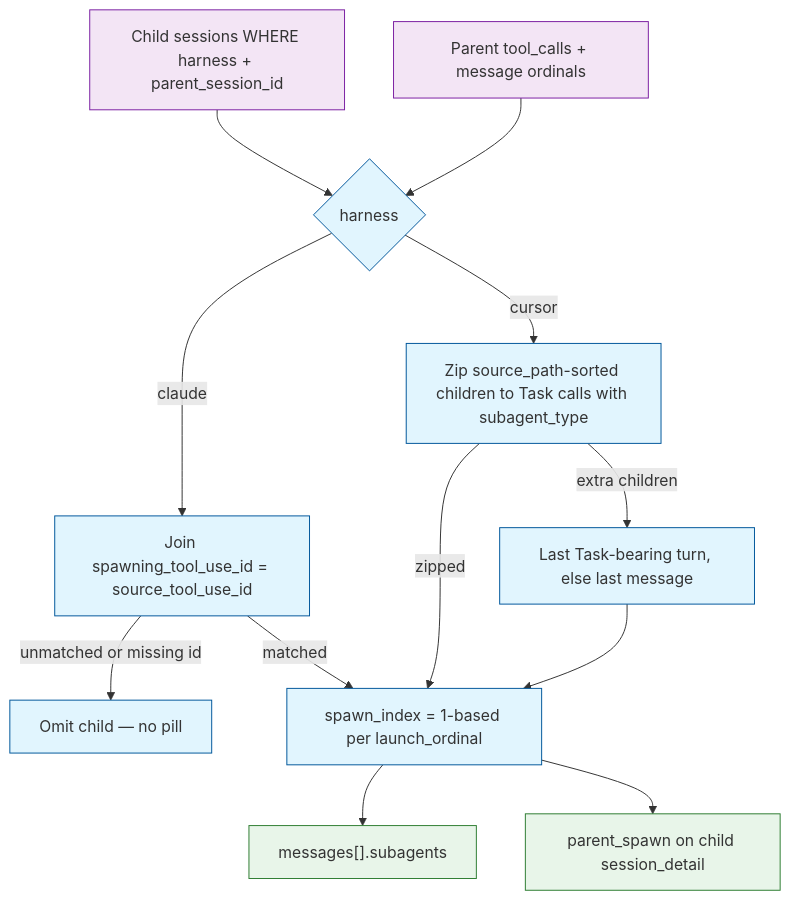
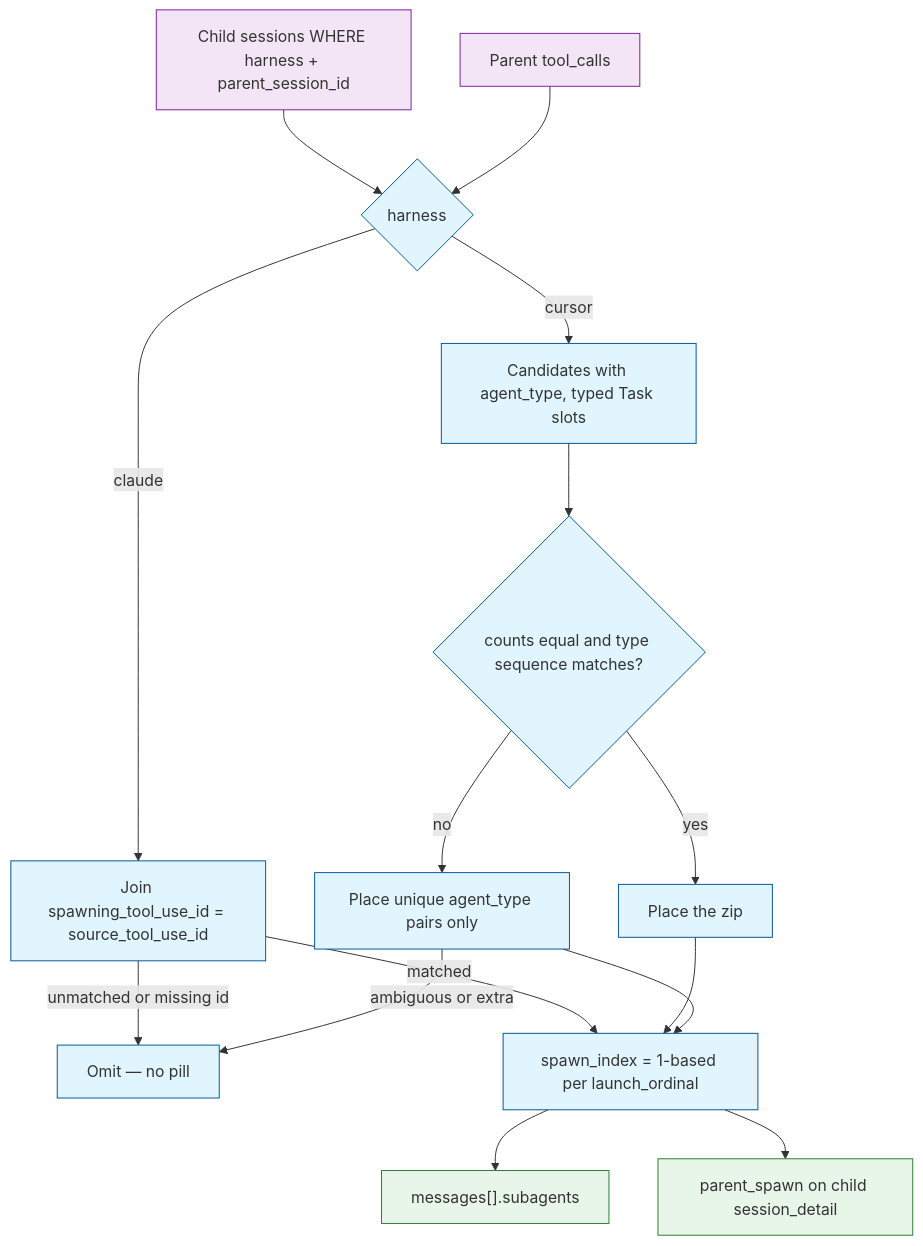
Before and after one commit to Texarkanine/stockroom: the diagram in memory-bank/active/creative/creative-spawn-association.md, drawn with Mermaid. The commit also changed other lines of this file and 6 other files, not shown here.

````diff
--- a/memory-bank/active/creative/creative-spawn-association.md
+++ b/memory-bank/active/creative/creative-spawn-association.md
@@ -70,18 +73,21 @@
 ```mermaid
 flowchart TD
     classDef store fill:#f3e5f5,stroke:#7b1fa2;
     classDef logic fill:#e1f5fe,stroke:#01579b;
     classDef out fill:#e8f5e9,stroke:#2e7d32;
 
     Kids["Child sessions WHERE harness + parent_session_id"]:::store --> Branch{"harness"}:::logic
-    Tools["Parent tool_calls + message ordinals"]:::store --> Branch
+    Tools["Parent tool_calls"]:::store --> Branch
     Branch -->|"claude"| Join["Join spawning_tool_use_id = source_tool_use_id"]:::logic
-    Branch -->|"cursor"| Zip["Zip source_path-sorted children to Task calls with subagent_type"]:::logic
-    Join -->|"unmatched or missing id"| Omit["Omit child — no pill"]:::logic
+    Branch -->|"cursor"| Cursor["Candidates with agent_type, typed Task slots"]:::logic
+    Join -->|"unmatched or missing id"| Omit["Omit — no pill"]:::logic
     Join -->|"matched"| Index
-    Zip -->|"extra children"| Leftover["Last Task-bearing turn, else last message"]:::logic
-    Zip -->|"zipped"| Index
-    Leftover --> Index["spawn_index = 1-based per launch_ordinal"]:::logic
+    Cursor --> Aligned{"counts equal and type sequence matches?"}:::logic
+    Aligned -->|"yes"| Zip["Place the zip"]:::logic
+    Aligned -->|"no"| Unique["Place unique agent_type pairs only"]:::logic
+    Zip --> Index["spawn_index = 1-based per launch_ordinal"]:::logic
+    Unique --> Index
+    Unique -->|"ambiguous or extra"| Omit
     Index --> Msg["messages[].subagents"]:::out
     Index --> Back["parent_spawn on child session_detail"]:::out
 ```
````
